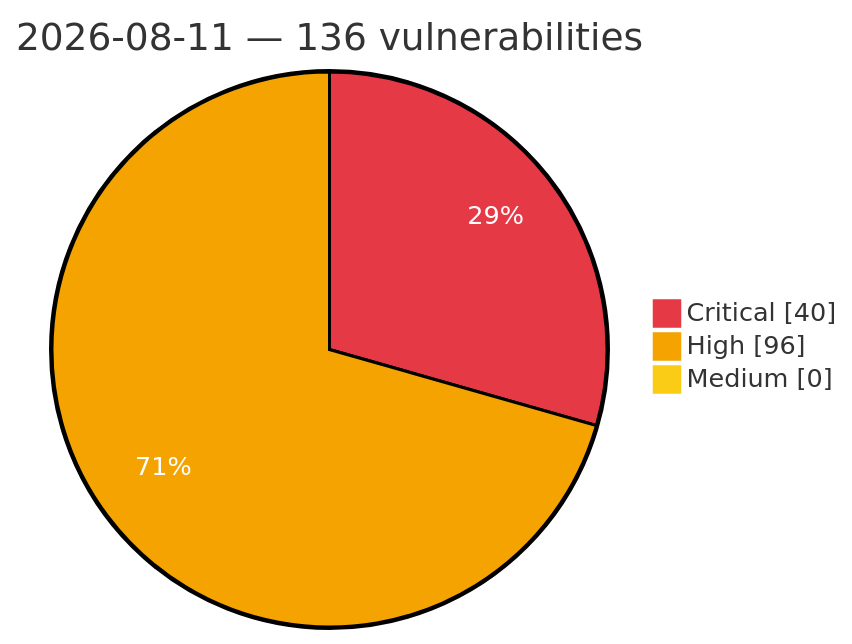
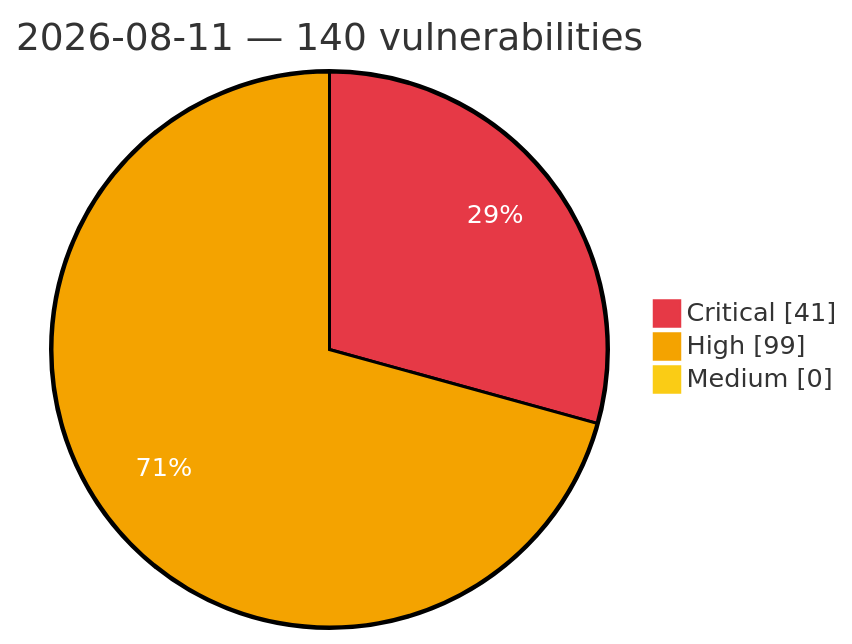
The diagram in vulnerabilities/2026/August/2026-08-11.md (GhostX0X/vuln-tracker), drawn with Mermaid before and after one commit. The commit also changed other lines of this file and 8 other files, not shown here.

Commit message:
Auto update: critical/high vulns (2026-08-12 02:34 UTC)

````diff
--- a/vulnerabilities/2026/August/2026-08-11.md
+++ b/vulnerabilities/2026/August/2026-08-11.md
@@ -3,8 +3,8 @@
 ```mermaid
 %%{init: {'theme':'base', 'themeVariables': {'pie1':'#e63946', 'pie2':'#f4a300', 'pie3':'#facc15', 'pieOpacity':'1', 'pieOuterStrokeWidth':'2px', 'pieSectionTextColor':'#ffffff'}}}%%
 pie showData
-    title 2026-08-11 — 136 vulnerabilities
-    "Critical" : 40
-    "High" : 96
+    title 2026-08-11 — 140 vulnerabilities
+    "Critical" : 41
+    "High" : 99
     "Medium" : 0
 ```
````
